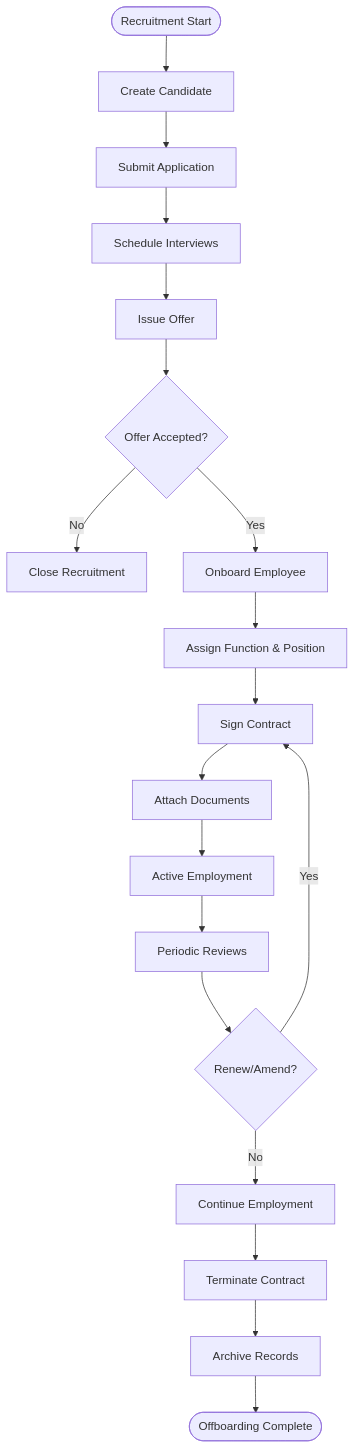
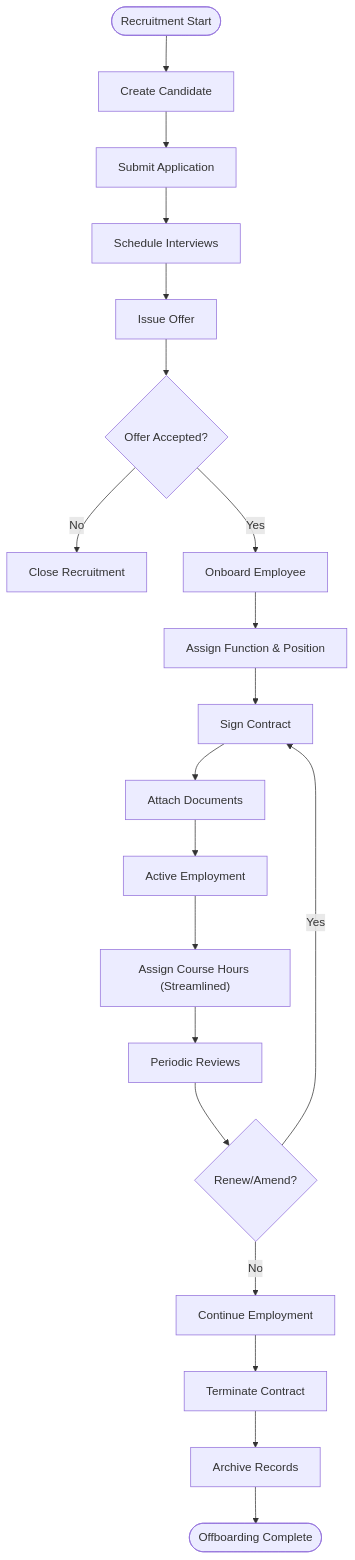
The third of 8 diagrams in .qoder/repowiki/en/content/Human Resources Management/Personnel Administration/Personnel Administration.md (franckylab/eLISAschool), drawn with Mermaid before and after one commit. The commit also changed other lines of this file and 49 other files, not shown here.

````diff
--- a/.qoder/repowiki/en/content/Human Resources Management/Personnel Administration/Personnel Administration.md
+++ b/.qoder/repowiki/en/content/Human Resources Management/Personnel Administration/Personnel Administration.md
@@ -203,21 +224,22 @@
 ```mermaid
 flowchart TD
 Start(["Recruitment Start"]) --> Candidate["Create Candidate"]
 Candidate --> Application["Submit Application"]
 Application --> Interview["Schedule Interviews"]
 Interview --> Offer["Issue Offer"]
 Offer --> Decision{"Offer Accepted?"}
 Decision --> |No| CloseRecruit["Close Recruitment"]
 Decision --> |Yes| Onboard["Onboard Employee"]
 Onboard --> AssignRole["Assign Function & Position"]
 AssignRole --> Contract["Sign Contract"]
 Contract --> Docs["Attach Documents"]
 Docs --> Active["Active Employment"]
-Active --> Review["Periodic Reviews"]
+Active --> CourseAssign["Assign Course Hours (Streamlined)"]
+CourseAssign --> Review["Periodic Reviews"]
 Review --> Renewal{"Renew/Amend?"}
 Renewal --> |Yes| Contract
 Renewal --> |No| Continue["Continue Employment"]
 Continue --> Termination["Terminate Contract"]
 Termination --> Archive["Archive Records"]
 Archive --> End(["Offboarding Complete"])
 ```
````
